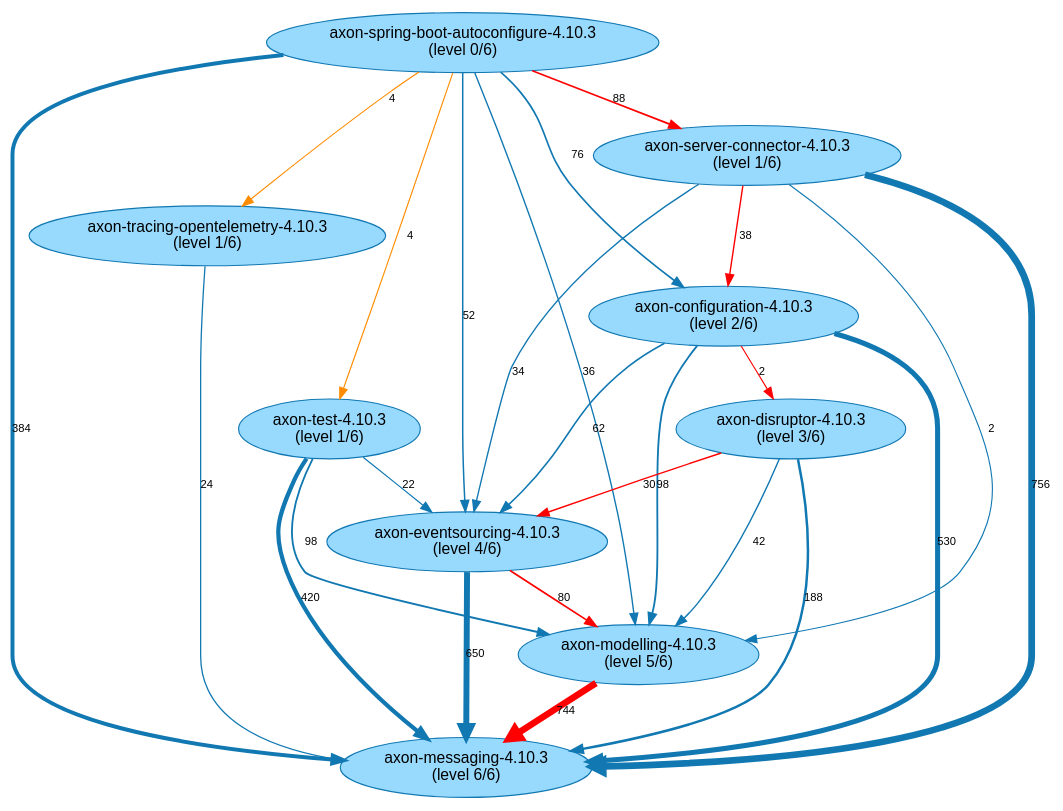
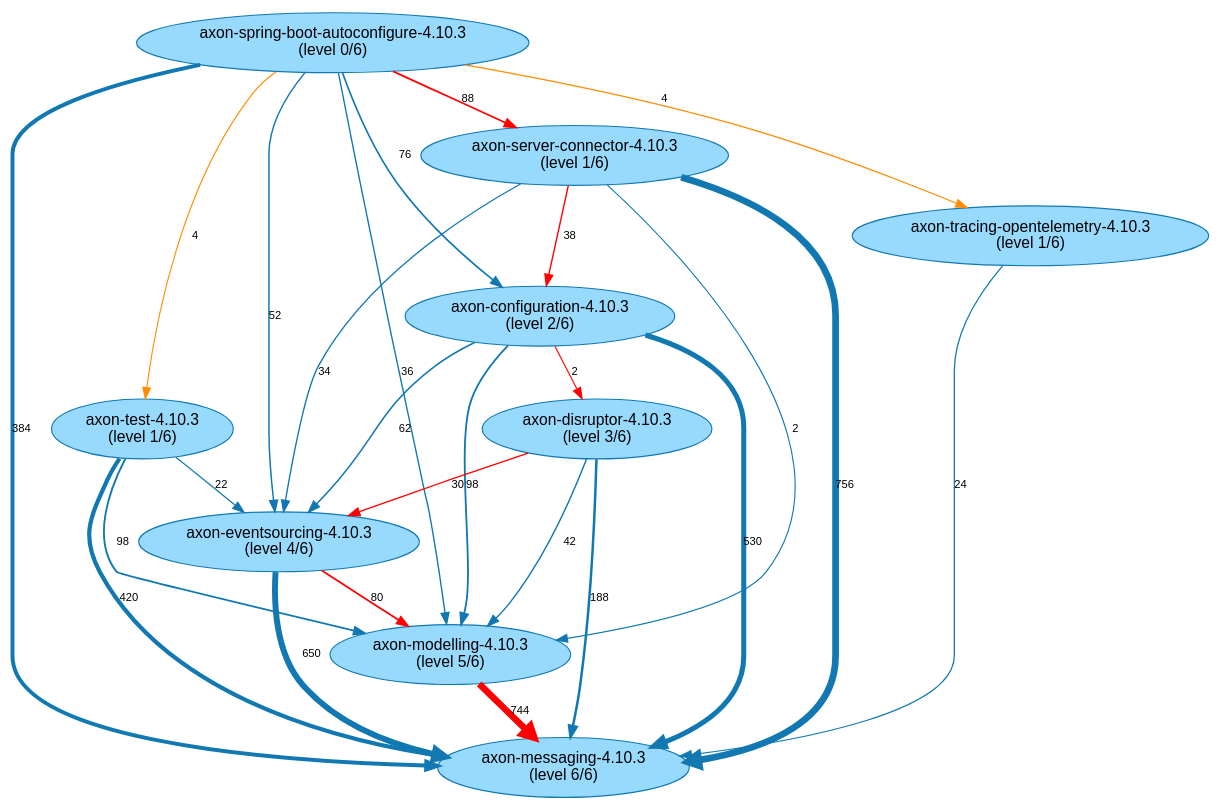
The diagram in results/AxonFramework-4.10.3/path-finding-visualization/JavaArtifactLongestPaths.gv (JohT/code-graph-analysis-pipeline), drawn with Graphviz before and after one commit. The commit also changed other lines of this file and 102 other files, not shown here.

```diff
--- a/results/AxonFramework-4.10.3/path-finding-visualization/JavaArtifactLongestPaths.gv
+++ b/results/AxonFramework-4.10.3/path-finding-visualization/JavaArtifactLongestPaths.gv
@@ -1,37 +1,37 @@
 // This GraphViz dot file was generated by the script convertQueryResultCsvToGraphVizDotFile.sh with default.template
 
 strict digraph JavaArtifactLongestPaths {
     fontname = "Helvetica,Arial,sans-serif";
     node [fontname = "Helvetica,Arial,sans-serif";];
     edge [fontname = "Helvetica,Arial,sans-serif"; fontsize = 10;];
     node [style = filled; fillcolor = "0.560 0.400 0.999";];
     node [color = "0.560 0.900 0.700";];
     edge [color = "0.560 0.900 0.700";];
 	"axon-eventsourcing-4.10.3\n(level 4/6)" -> "axon-messaging-4.10.3\n(level 6/6)" [label=650; penwidth=5.3; ];
 	"axon-eventsourcing-4.10.3\n(level 4/6)" -> "axon-modelling-4.10.3\n(level 5/6)" [label=80; penwidth=1.52; color="red"; ];
+	"axon-spring-boot-autoconfigure-4.10.3\n(level 0/6)" -> "axon-configuration-4.10.3\n(level 2/6)" [label=76; penwidth=1.49; ];
 	"axon-spring-boot-autoconfigure-4.10.3\n(level 0/6)" -> "axon-messaging-4.10.3\n(level 6/6)" [label=384; penwidth=3.53; ];
-	"axon-spring-boot-autoconfigure-4.10.3\n(level 0/6)" -> "axon-configuration-4.10.3\n(level 2/6)" [label=76; penwidth=1.49; ];
+	"axon-spring-boot-autoconfigure-4.10.3\n(level 0/6)" -> "axon-modelling-4.10.3\n(level 5/6)" [label=36; penwidth=1.23; ];
 	"axon-spring-boot-autoconfigure-4.10.3\n(level 0/6)" -> "axon-eventsourcing-4.10.3\n(level 4/6)" [label=52; penwidth=1.33; ];
 	"axon-spring-boot-autoconfigure-4.10.3\n(level 0/6)" -> "axon-test-4.10.3\n(level 1/6)" [label=4; penwidth=1.01; ];
+	"axon-spring-boot-autoconfigure-4.10.3\n(level 0/6)" -> "axon-server-connector-4.10.3\n(level 1/6)" [label=88; penwidth=1.57; color="red"; ];
 	"axon-spring-boot-autoconfigure-4.10.3\n(level 0/6)" -> "axon-tracing-opentelemetry-4.10.3\n(level 1/6)" [label=4; penwidth=1.01; ];
-	"axon-spring-boot-autoconfigure-4.10.3\n(level 0/6)" -> "axon-modelling-4.10.3\n(level 5/6)" [label=36; penwidth=1.23; ];
-	"axon-spring-boot-autoconfigure-4.10.3\n(level 0/6)" -> "axon-server-connector-4.10.3\n(level 1/6)" [label=88; penwidth=1.57; color="red"; ];
 	"axon-server-connector-4.10.3\n(level 1/6)" -> "axon-messaging-4.10.3\n(level 6/6)" [label=756; penwidth=6.0; ];
 	"axon-server-connector-4.10.3\n(level 1/6)" -> "axon-configuration-4.10.3\n(level 2/6)" [label=38; penwidth=1.24; color="red"; ];
+	"axon-server-connector-4.10.3\n(level 1/6)" -> "axon-modelling-4.10.3\n(level 5/6)" [label=2; penwidth=1.0; ];
 	"axon-server-connector-4.10.3\n(level 1/6)" -> "axon-eventsourcing-4.10.3\n(level 4/6)" [label=34; penwidth=1.21; ];
-	"axon-server-connector-4.10.3\n(level 1/6)" -> "axon-modelling-4.10.3\n(level 5/6)" [label=2; penwidth=1.0; ];
 	"axon-tracing-opentelemetry-4.10.3\n(level 1/6)" -> "axon-messaging-4.10.3\n(level 6/6)" [label=24; penwidth=1.15; ];
 	"axon-configuration-4.10.3\n(level 2/6)" -> "axon-messaging-4.10.3\n(level 6/6)" [label=530; penwidth=4.5; ];
 	"axon-configuration-4.10.3\n(level 2/6)" -> "axon-modelling-4.10.3\n(level 5/6)" [label=98; penwidth=1.64; ];
 	"axon-configuration-4.10.3\n(level 2/6)" -> "axon-eventsourcing-4.10.3\n(level 4/6)" [label=62; penwidth=1.4; ];
 	"axon-configuration-4.10.3\n(level 2/6)" -> "axon-disruptor-4.10.3\n(level 3/6)" [label=2; penwidth=1.0; color="red"; ];
 	"axon-modelling-4.10.3\n(level 5/6)" -> "axon-messaging-4.10.3\n(level 6/6)" [label=744; penwidth=5.92; color="red"; ];
+	"axon-disruptor-4.10.3\n(level 3/6)" -> "axon-eventsourcing-4.10.3\n(level 4/6)" [label=30; penwidth=1.19; color="red"; ];
 	"axon-disruptor-4.10.3\n(level 3/6)" -> "axon-messaging-4.10.3\n(level 6/6)" [label=188; penwidth=2.23; ];
-	"axon-disruptor-4.10.3\n(level 3/6)" -> "axon-eventsourcing-4.10.3\n(level 4/6)" [label=30; penwidth=1.19; color="red"; ];
 	"axon-disruptor-4.10.3\n(level 3/6)" -> "axon-modelling-4.10.3\n(level 5/6)" [label=42; penwidth=1.27; ];
+	"axon-test-4.10.3\n(level 1/6)" -> "axon-modelling-4.10.3\n(level 5/6)" [label=98; penwidth=1.64; ];
 	"axon-test-4.10.3\n(level 1/6)" -> "axon-messaging-4.10.3\n(level 6/6)" [label=420; penwidth=3.77; ];
-	"axon-test-4.10.3\n(level 1/6)" -> "axon-modelling-4.10.3\n(level 5/6)" [label=98; penwidth=1.64; ];
 	"axon-test-4.10.3\n(level 1/6)" -> "axon-eventsourcing-4.10.3\n(level 4/6)" [label=22; penwidth=1.13; ];
 	"axon-spring-boot-autoconfigure-4.10.3\n(level 0/6)" -> "axon-tracing-opentelemetry-4.10.3\n(level 1/6)" [label=4; penwidth=1.01; color="darkorange"; ];
 	"axon-spring-boot-autoconfigure-4.10.3\n(level 0/6)" -> "axon-test-4.10.3\n(level 1/6)" [label=4; penwidth=1.01; color="darkorange"; ];
 }
```
